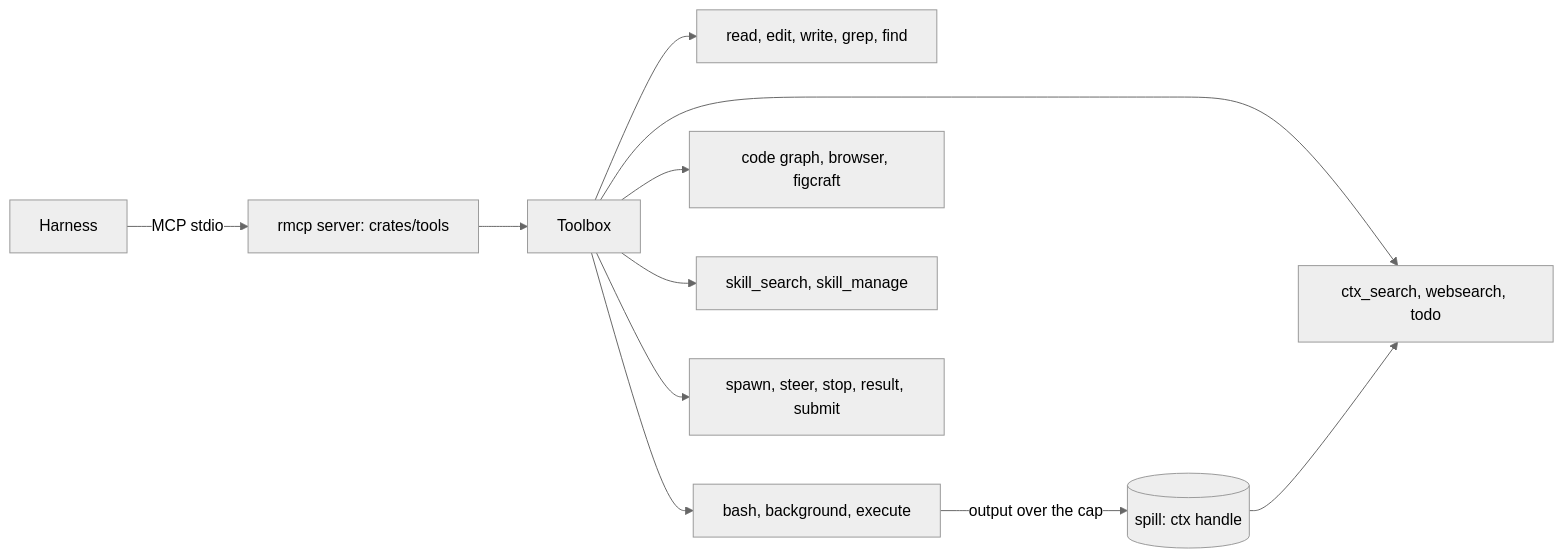
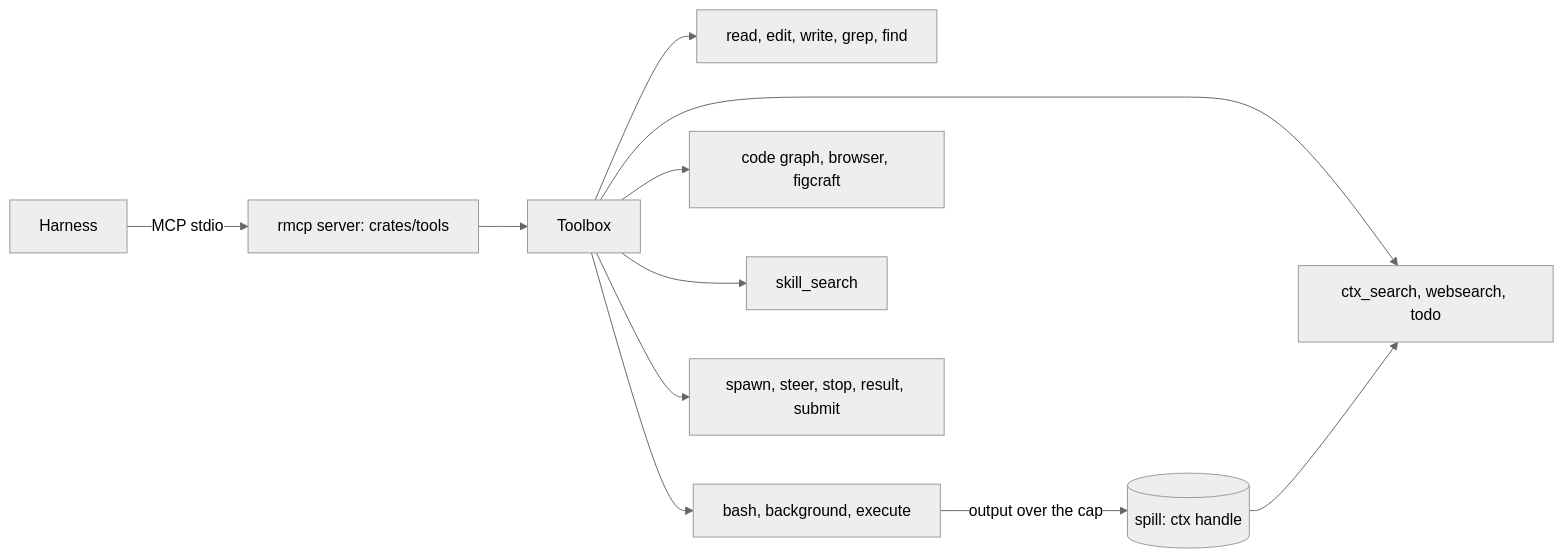
Before and after one commit to ciokyyy/emberloop-rs: the third of 5 diagrams in docs/architecture.md, drawn with Mermaid (neutral theme). The commit also changed other lines of this file and 21 other files, not shown here.

First line of the commit message:
feat(tools): remove skill_manage

````diff
--- a/docs/architecture.md
+++ b/docs/architecture.md
@@ -149,13 +149,13 @@
 ```mermaid
 flowchart LR
   H[Harness] -->|MCP stdio| M[rmcp server: crates/tools]
   M --> T[Toolbox]
   T --> F[read, edit, write, grep, find]
   T --> X[bash, background, execute]
   T --> G[code graph, browser, figcraft]
-  T --> K[skill_search, skill_manage]
+  T --> K[skill_search]
   T --> A[spawn, steer, stop, result, submit]
   T --> O[ctx_search, websearch, todo]
   X -->|output over the cap| S[(spill: ctx handle)]
   S --> O
 ```
````
